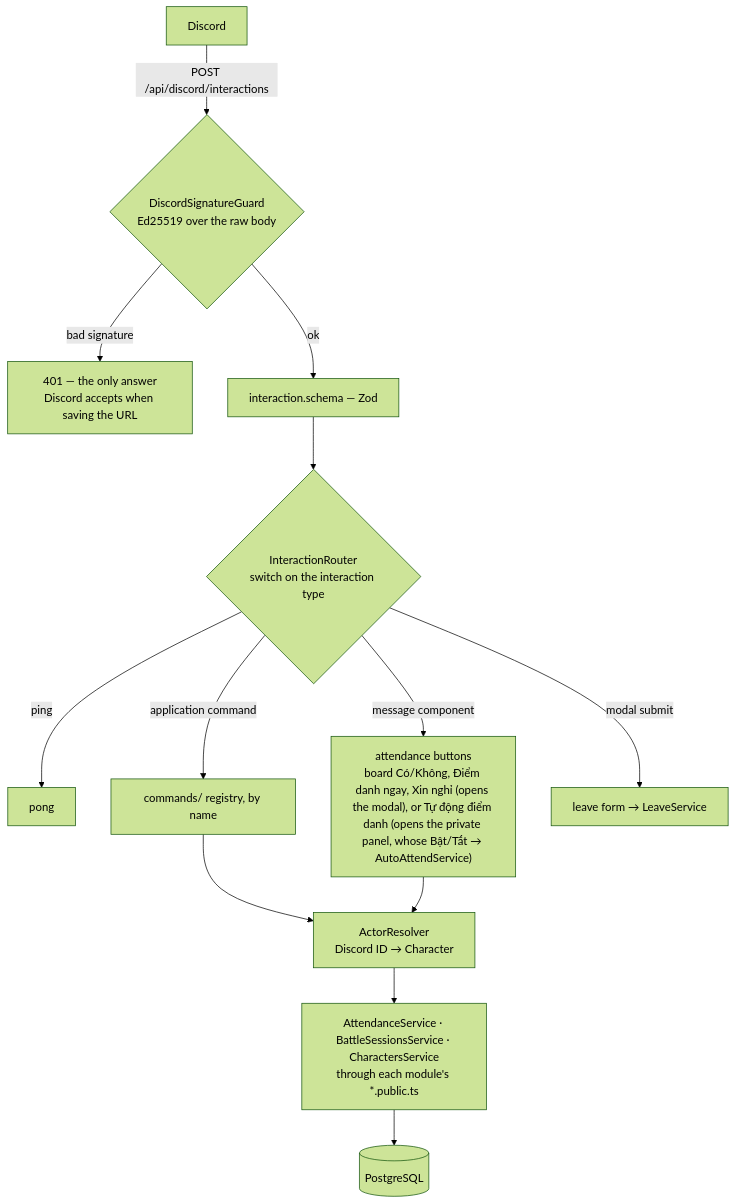
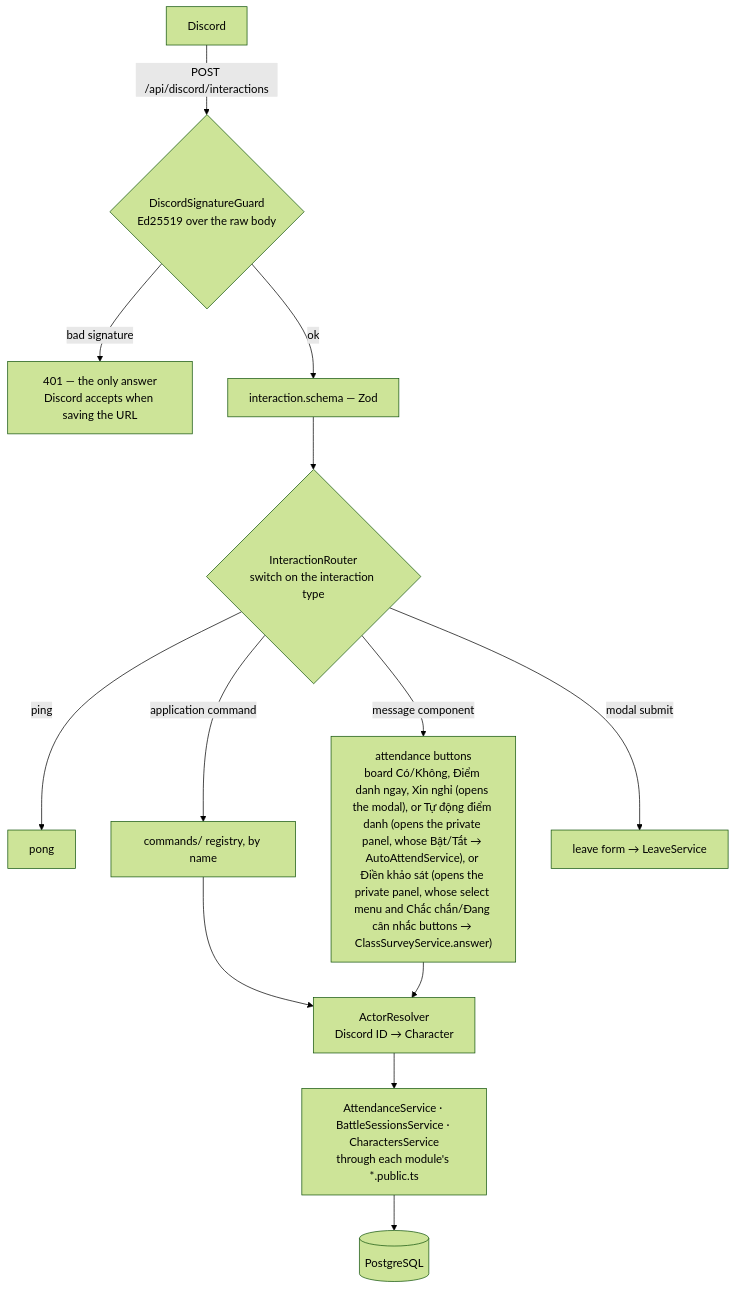
Before and after one commit to minhhuy1201/guild-manager: the fourth of 6 diagrams in docs/architecture.md, drawn with Mermaid (forest theme). The commit also changed other lines of this file and 70 other files, not shown here.

````diff
--- a/docs/architecture.md
+++ b/docs/architecture.md
@@ -339,15 +342,15 @@
 ```mermaid
 flowchart TB
     D["Discord"] -->|"POST /api/discord/interactions"| G{"DiscordSignatureGuard<br/>Ed25519 over the raw body"}
     G -->|"bad signature"| E["401 — the only answer<br/>Discord accepts when saving the URL"]
     G -->|"ok"| S["interaction.schema — Zod"]
     S --> R{"InteractionRouter<br/>switch on the interaction type"}
     R -->|"ping"| P["pong"]
     R -->|"application command"| C["commands/ registry, by name"]
-    R -->|"message component"| BT["attendance buttons<br/>board Có/Không, Điểm danh ngay, Xin nghỉ (opens the modal), or Tự động điểm danh (opens the private panel, whose Bật/Tắt → AutoAttendService)"]
+    R -->|"message component"| BT["attendance buttons<br/>board Có/Không, Điểm danh ngay, Xin nghỉ (opens the modal), or Tự động điểm danh (opens the private panel, whose Bật/Tắt → AutoAttendService), or Điền khảo sát (opens the private panel, whose select menu and Chắc chắn/Đang cân nhắc buttons → ClassSurveyService.answer)"]
     R -->|"modal submit"| LV["leave form → LeaveService"]
     C --> AR["ActorResolver<br/>Discord ID → Character"]
     BT --> AR
     AR --> SVC["AttendanceService · BattleSessionsService · CharactersService<br/>through each module's *.public.ts"]
     SVC --> DB[("PostgreSQL")]
 ```
````
